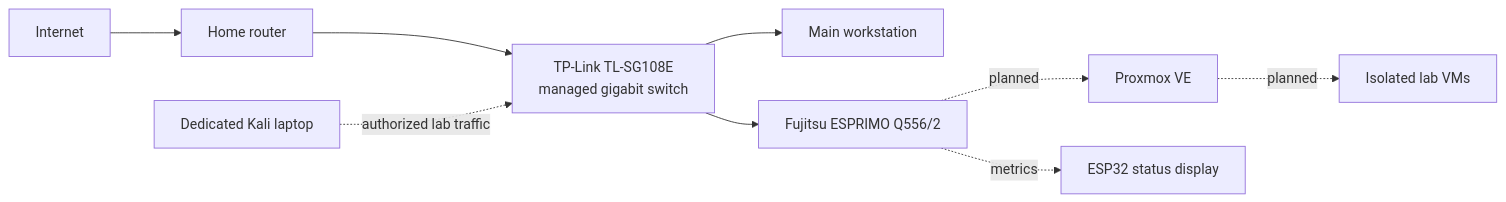
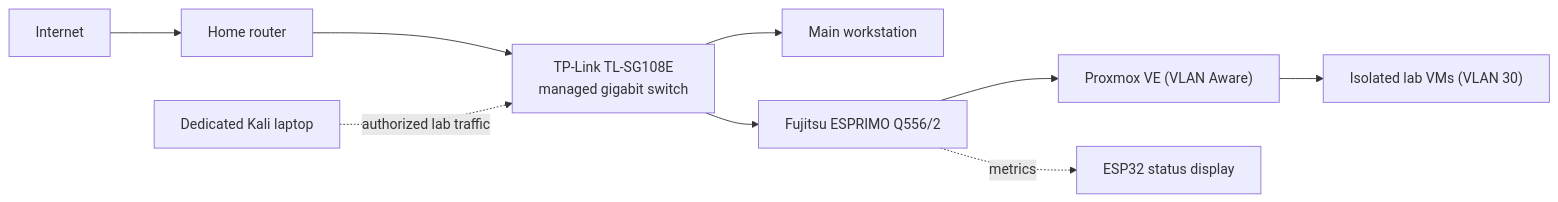
Before and after one commit to DariusMorariu/Cybersecurity-Portfolio: the diagram in 01_Homelab/README.md, drawn with Mermaid. The commit also changed other lines of this file and 5 other files, not shown here.

````diff
--- a/01_Homelab/README.md
+++ b/01_Homelab/README.md
@@ -12,11 +12,11 @@
 ```mermaid
 flowchart LR
     Internet --> Router["Home router"]
     Router --> Switch["TP-Link TL-SG108E<br/>managed gigabit switch"]
     Switch --> Workstation["Main workstation"]
     Switch --> Server["Fujitsu ESPRIMO Q556/2"]
-    Server -. planned .-> Proxmox["Proxmox VE"]
-    Proxmox -. planned .-> LabVMs["Isolated lab VMs"]
+    Server --> Proxmox["Proxmox VE (VLAN Aware)"]
+    Proxmox --> LabVMs["Isolated lab VMs (VLAN 30)"]
     Server -. metrics .-> Display["ESP32 status display"]
     Laptop["Dedicated Kali laptop"] -. authorized lab traffic .-> Switch
 ```
````
